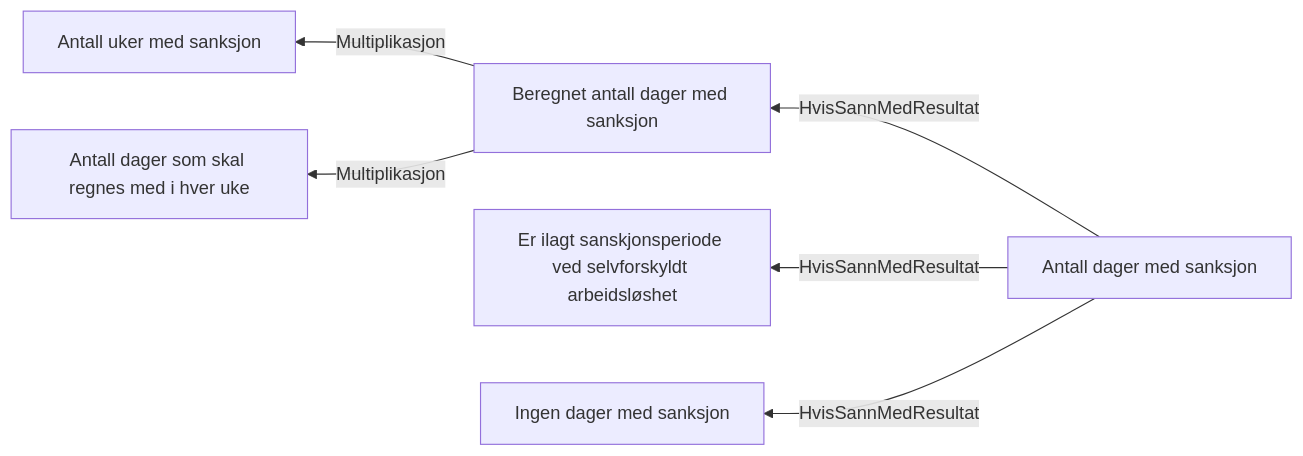
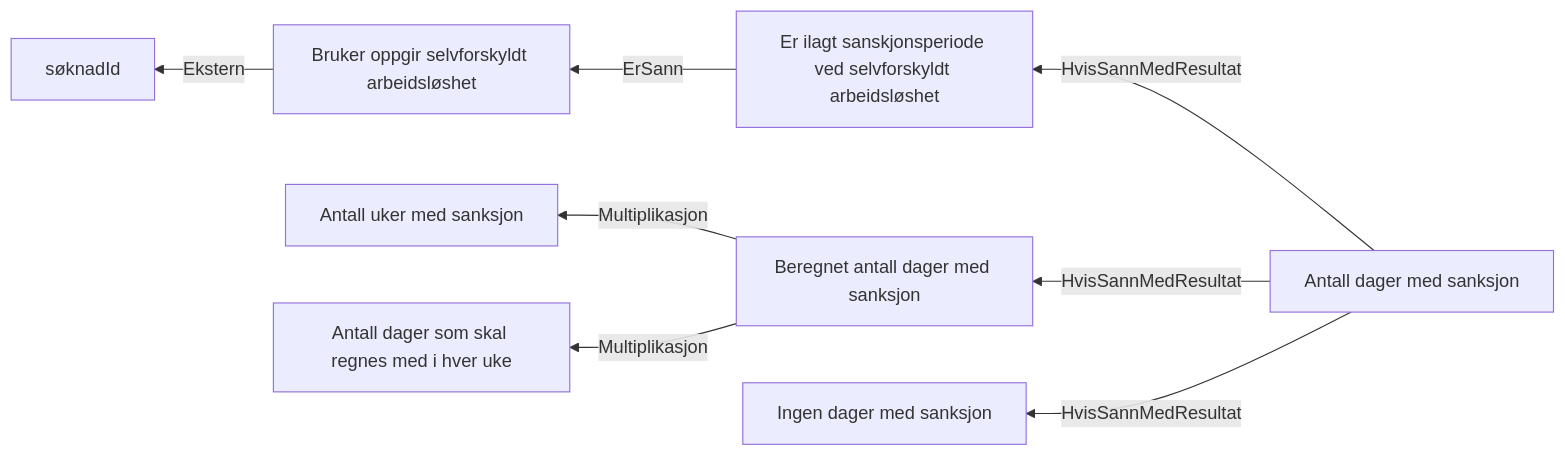
Before and after one commit to navikt/dp-behandling: the diagram in docs/regler/§ 4-10 Sanksjonsperiode ved selvforskyldt arbeidsløshet.approved.md, drawn with Mermaid. The commit also changed 98 other files, not shown here.

Commit message:
Opprett avklaring for mulig sanksjon basert på søknad

````diff
--- a/docs/regler/§ 4-10 Sanksjonsperiode ved selvforskyldt arbeidsløshet.approved.md
+++ b/docs/regler/§ 4-10 Sanksjonsperiode ved selvforskyldt arbeidsløshet.approved.md
@@ -5,8 +5,10 @@
 ```mermaid
 graph RL
-  A["Beregnet antall dager med sanksjon"] -->|"Multiplikasjon"| B["Antall uker med sanksjon"]
-  A["Beregnet antall dager med sanksjon"] -->|"Multiplikasjon"| C["Antall dager som skal regnes med i hver uke"]
-  D["Antall dager med sanksjon"] -->|"HvisSannMedResultat"| E["Er ilagt sanskjonsperiode ved selvforskyldt arbeidsløshet"]
-  D["Antall dager med sanksjon"] -->|"HvisSannMedResultat"| A["Beregnet antall dager med sanksjon"]
-  D["Antall dager med sanksjon"] -->|"HvisSannMedResultat"| F["Ingen dager med sanksjon"]
+  A["Bruker oppgir selvforskyldt arbeidsløshet"] -->|"Ekstern"| B["søknadId"]
+  C["Er ilagt sanskjonsperiode ved selvforskyldt arbeidsløshet"] -->|"ErSann"| A["Bruker oppgir selvforskyldt arbeidsløshet"]
+  D["Beregnet antall dager med sanksjon"] -->|"Multiplikasjon"| E["Antall uker med sanksjon"]
+  D["Beregnet antall dager med sanksjon"] -->|"Multiplikasjon"| F["Antall dager som skal regnes med i hver uke"]
+  G["Antall dager med sanksjon"] -->|"HvisSannMedResultat"| C["Er ilagt sanskjonsperiode ved selvforskyldt arbeidsløshet"]
+  G["Antall dager med sanksjon"] -->|"HvisSannMedResultat"| D["Beregnet antall dager med sanksjon"]
+  G["Antall dager med sanksjon"] -->|"HvisSannMedResultat"| H["Ingen dager med sanksjon"]
 ```
````
